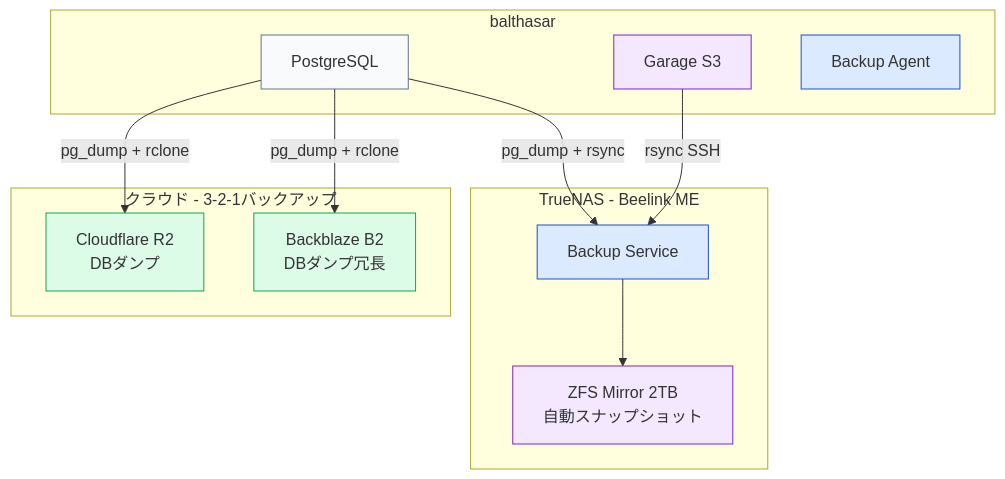
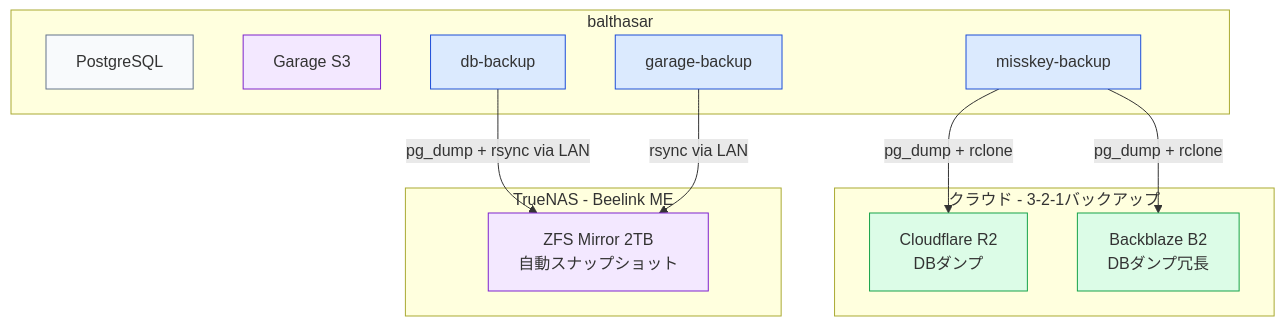
The third of 6 diagrams in README.md (yamisskey-dev/yamisskey-host), drawn with Mermaid before and after one commit. The commit also changed other lines of this file, not shown here.

First line of the commit message:
docs: add Docker network architecture diagram

````diff
--- a/README.md
+++ b/README.md
@@ -94,28 +94,28 @@
 ```mermaid
 graph TB
     classDef cloud fill:#dcfce7,stroke:#16a34a
     classDef storage fill:#f3e8ff,stroke:#7e22ce
     classDef backup fill:#dbeafe,stroke:#1d4ed8
     classDef svc fill:#f8fafc,stroke:#64748b
 
     subgraph cloud_backup[クラウド - 3-2-1バックアップ]
         r2[Cloudflare R2<br/>DBダンプ]:::cloud
         b2[Backblaze B2<br/>DBダンプ冗長]:::cloud
     end
 
     subgraph balthasar[balthasar]
         db[PostgreSQL]:::svc
         garage[Garage S3]:::storage
-        agent[Backup Agent]:::backup
+        misskey_backup[misskey-backup]:::backup
+        db_backup[db-backup]:::backup
+        garage_backup[garage-backup]:::backup
     end
 
     subgraph truenas[TrueNAS - Beelink ME]
         zfs[ZFS Mirror 2TB<br/>自動スナップショット]:::storage
-        backup_svc[Backup Service]:::backup
     end
 
-    db -->|pg_dump + rclone| r2 & b2
-    db -->|pg_dump + rsync| backup_svc
-    garage -->|rsync SSH| backup_svc
-    backup_svc --> zfs
+    misskey_backup -->|pg_dump + rclone| r2 & b2
+    db_backup -->|pg_dump + rsync via LAN| zfs
+    garage_backup -->|rsync via LAN| zfs
 ```
````
